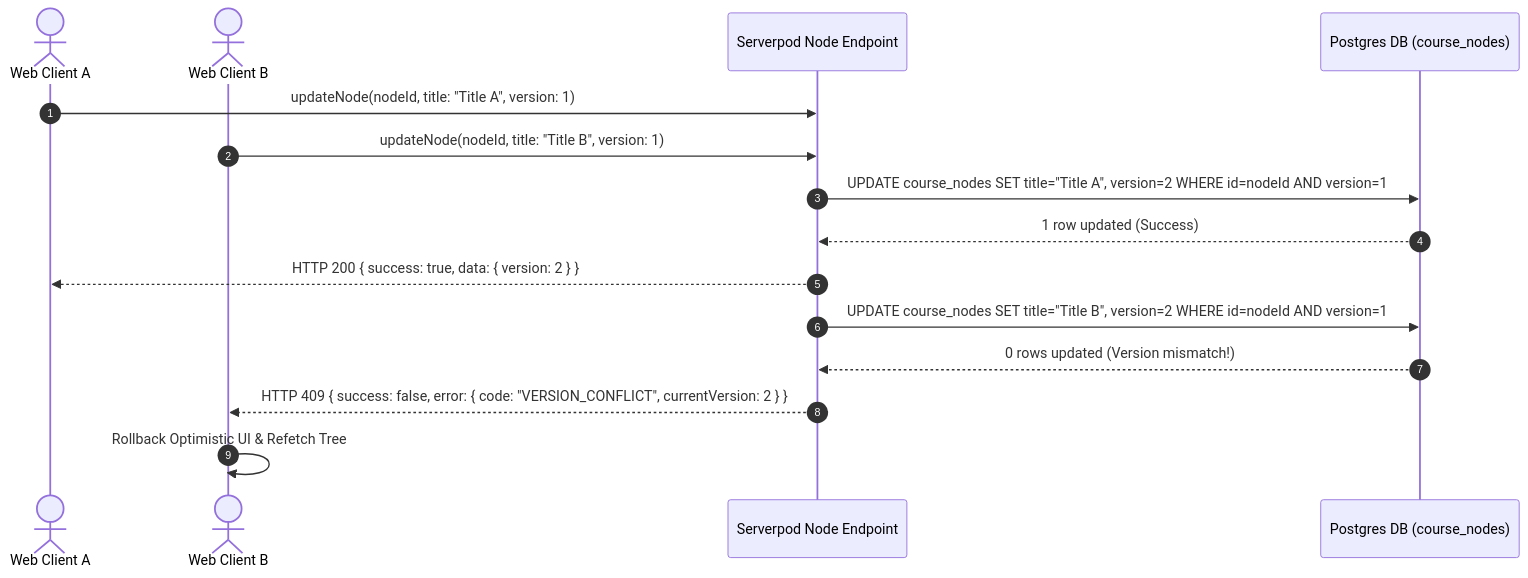
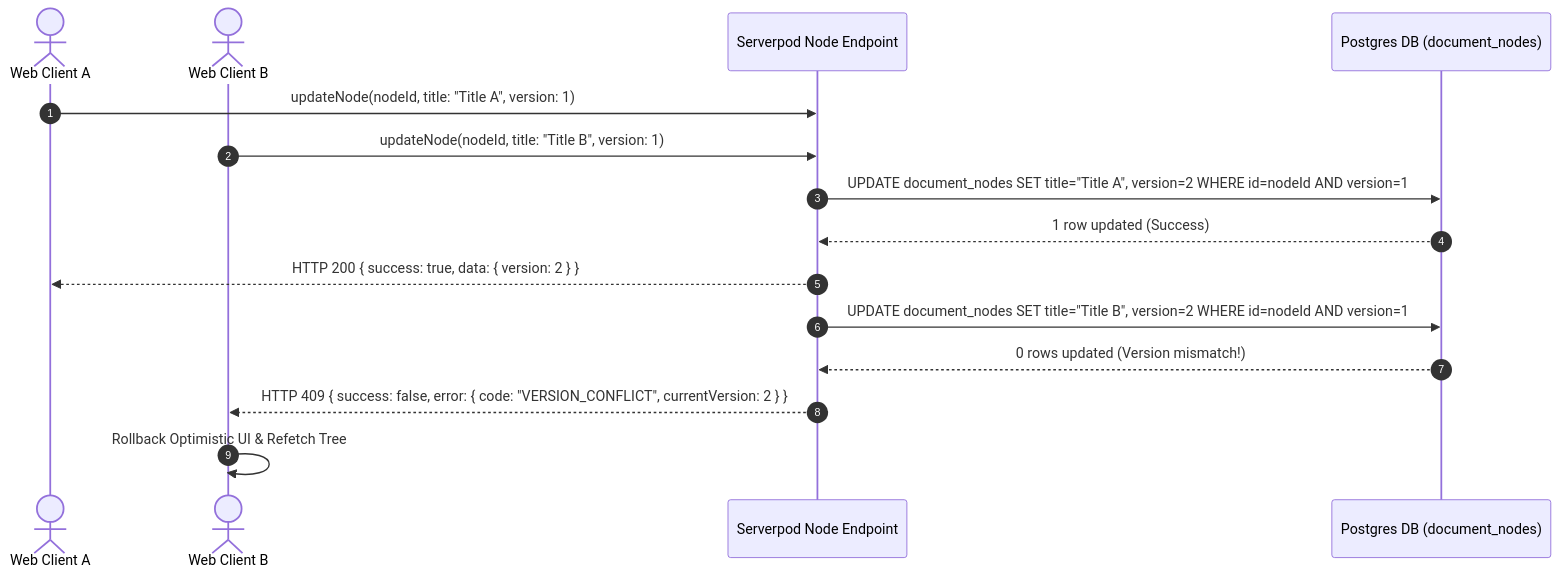
One commit to nvtruongops/nodetask changed the diagram in docs/data_and_api.md. Above: the diagram before and after it, drawn with Mermaid. The commit also changed other lines of this file and 29 other files, not shown here.

````diff
--- a/docs/data_and_api.md
+++ b/docs/data_and_api.md
@@ -68,20 +69,20 @@
 ```mermaid
 sequenceDiagram
     autonumber
     actor ClientA as Web Client A
     actor ClientB as Web Client B
     participant API as Serverpod Node Endpoint
-    participant DB as Postgres DB (course_nodes)
+    participant DB as Postgres DB (document_nodes)
 
     ClientA->>API: updateNode(nodeId, title: "Title A", version: 1)
     ClientB->>API: updateNode(nodeId, title: "Title B", version: 1)
     
-    API->>DB: UPDATE course_nodes SET title="Title A", version=2 WHERE id=nodeId AND version=1
+    API->>DB: UPDATE document_nodes SET title="Title A", version=2 WHERE id=nodeId AND version=1
     DB-->>API: 1 row updated (Success)
     API-->>ClientA: HTTP 200 { success: true, data: { version: 2 } }
 
-    API->>DB: UPDATE course_nodes SET title="Title B", version=2 WHERE id=nodeId AND version=1
+    API->>DB: UPDATE document_nodes SET title="Title B", version=2 WHERE id=nodeId AND version=1
     DB-->>API: 0 rows updated (Version mismatch!)
     API-->>ClientB: HTTP 409 { success: false, error: { code: "VERSION_CONFLICT", currentVersion: 2 } }
     ClientB->>ClientB: Rollback Optimistic UI & Refetch Tree
 ```
````
